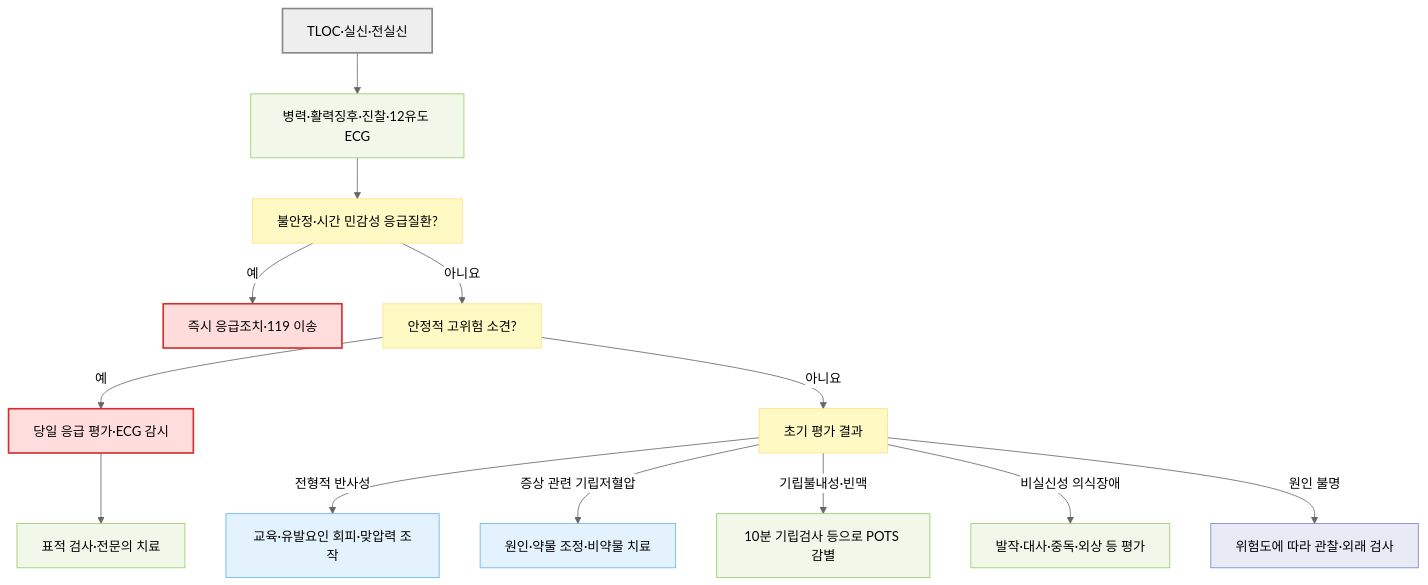
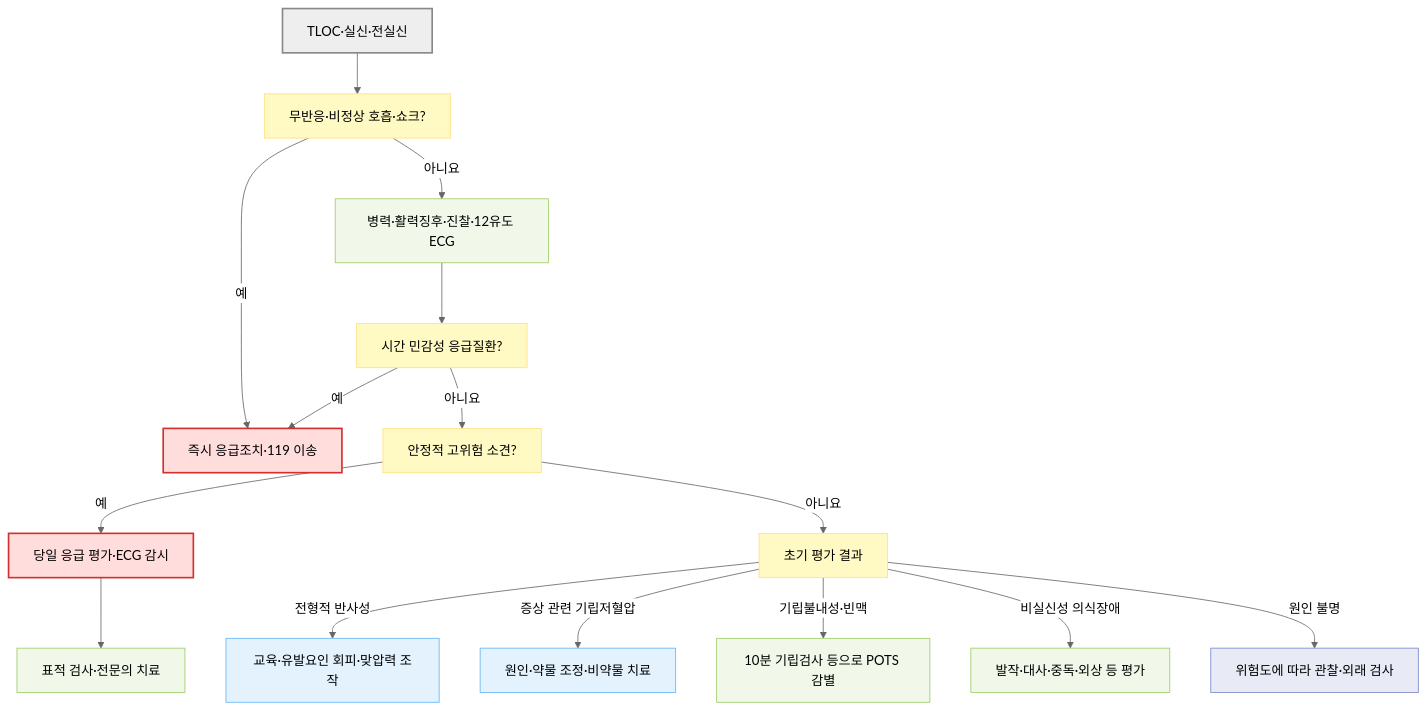
The diagram in 221_/021_-syncope.md (familyoh77/familyoh77), drawn with Mermaid (neutral theme) before and after one commit. The commit also changed other lines of this file and 1 other file, not shown here.

````diff
--- a/221_/021_-syncope.md
+++ b/221_/021_-syncope.md
@@ -132,28 +136,30 @@
 ```mermaid
 flowchart TD
-    A["TLOC·실신·전실신"] --> B["병력·활력징후·진찰·12유도 ECG"]
-    B --> C["불안정·시간 민감성 응급질환?"]
-    C -- "예" --> U["즉시 응급조치·119 이송"]
+    A["TLOC·실신·전실신"] --> S["무반응·비정상 호흡·쇼크?"]
+    S -- "예" --> U["즉시 응급조치·119 이송"]
+    S -- "아니요" --> B["병력·활력징후·진찰·12유도 ECG"]
+    B --> C["시간 민감성 응급질환?"]
+    C -- "예" --> U
     C -- "아니요" --> D["안정적 고위험 소견?"]
     D -- "예" --> H["당일 응급 평가·ECG 감시"]
     D -- "아니요" --> E["초기 평가 결과"]
     E -- "전형적 반사성" --> R["교육·유발요인 회피·맞압력 조작"]
     E -- "증상 관련 기립저혈압" --> O["원인·약물 조정·비약물 치료"]
     E -- "기립불내성·빈맥" --> P["10분 기립검사 등으로 POTS 감별"]
     E -- "비실신성 의식장애" --> N["발작·대사·중독·외상 등 평가"]
     E -- "원인 불명" --> F["위험도에 따라 관찰·외래 검사"]
     H --> M["표적 검사·전문의 치료"]
 
     classDef start fill:#eeeeee,stroke:#888888,stroke-width:2px
     classDef question fill:#fff9c4,stroke:#ffe082
     classDef emergency fill:#ffdddd,stroke:#d32f2f,stroke-width:2px
     classDef evaluation fill:#f1f8e9,stroke:#9ccc65
     classDef treatment fill:#e3f2fd,stroke:#64b5f6
     classDef followup fill:#e8eaf6,stroke:#7986cb
     class A start
-    class C,D,E question
+    class S,C,D,E question
     class U,H emergency
     class B,P,N,M evaluation
     class R,O treatment
     class F followup
 ```
````
